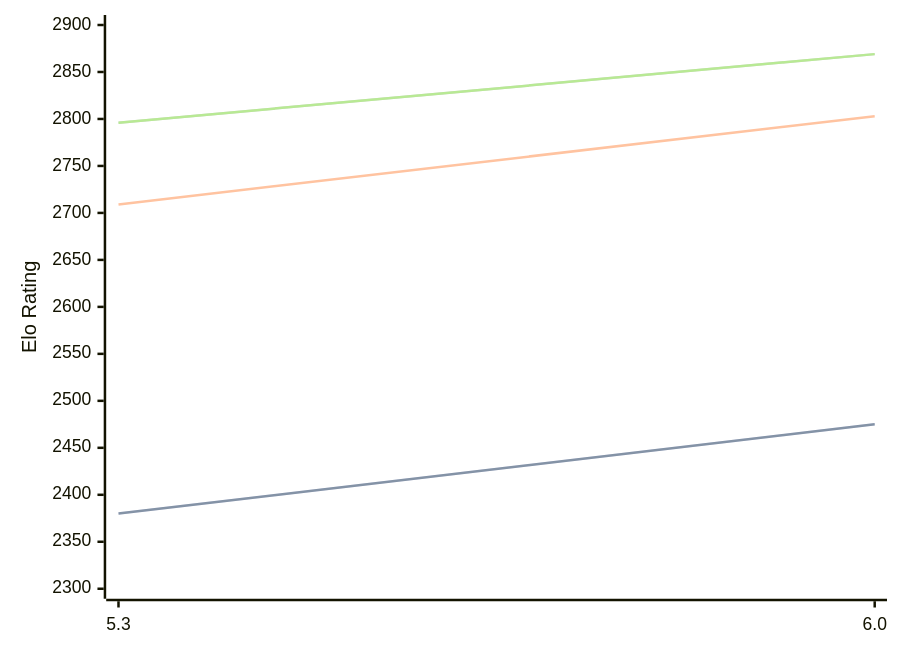
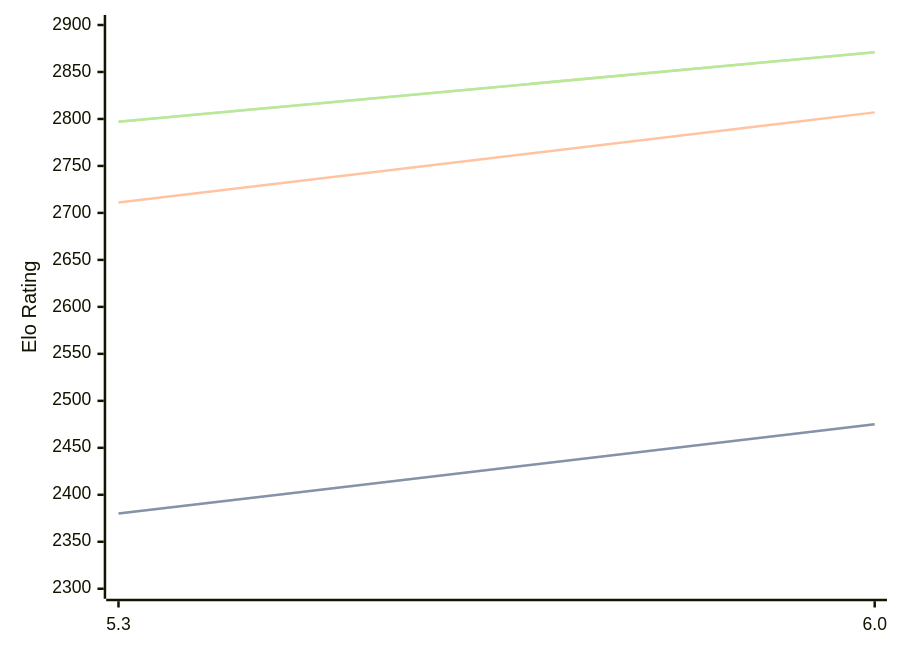
The third of 3 diagrams in engines/tomitankChess.md (computer-chess-index/cci), drawn with Mermaid before and after one commit. The commit also changed other lines of this file, not shown here.

Commit message:
Update CCI Ratings (ELO VLTC) - 2026-07-02

````diff
--- a/engines/tomitankChess.md
+++ b/engines/tomitankChess.md
@@ -73,11 +73,11 @@
 ```mermaid
 %%{init: {"theme":"base","themeVariables":{"seriesColors:['#a3a3a3','#222221','#faa371']}}}%%
 xychart-beta
   x-axis ["5.3", "6.0"]
   y-axis "Elo Rating" 2300 --> 2900
   line "STC (8.0+0.08s)" [2380, 2475]
   line "STC (8.0+0.08s)" [2380, 2475]
-  line "LTC (60.0+0.60s)" [2709, 2803]
-  line "VLTC (2m24s+1.12s)" [2796, 2869]
-  line "VLTC (2m24s+1.12s)" [2796, 2869]
+  line "LTC (60.0+0.60s)" [2711, 2807]
+  line "VLTC (2m24s+1.12s)" [2797, 2871]
+  line "VLTC (2m24s+1.12s)" [2797, 2871]
 ```
````
